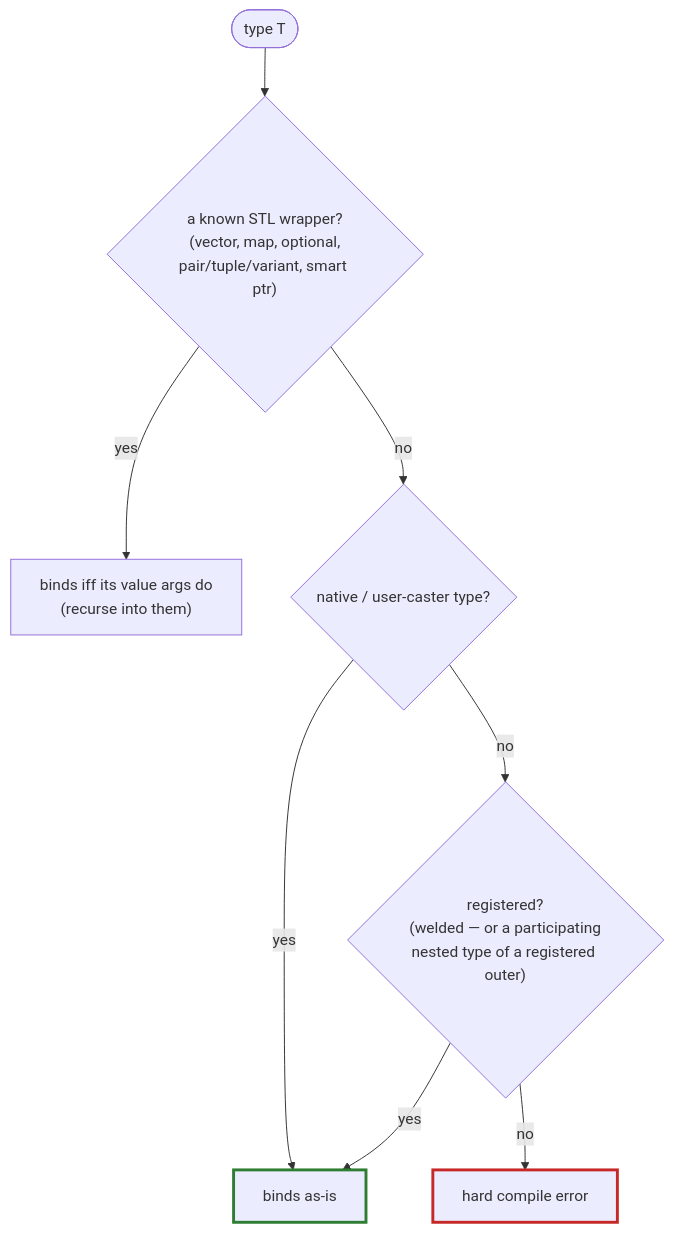
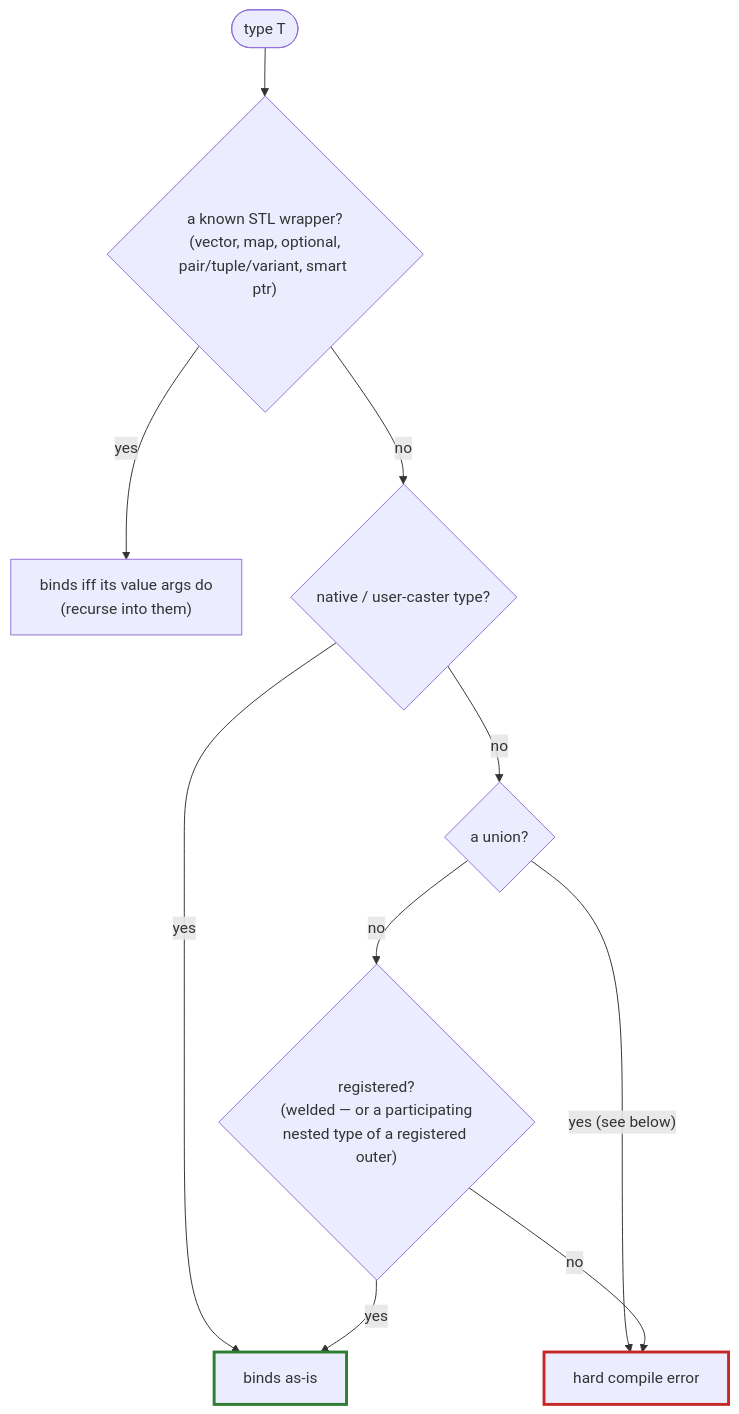
The diagram in docs/content/guide/bindability.md (skarndev/welder), drawn with Mermaid before and after one commit. The commit also changed other lines of this file and 20 other files, not shown here.

````diff
--- a/docs/content/guide/bindability.md
+++ b/docs/content/guide/bindability.md
@@ -36,12 +36,14 @@
 ```mermaid
 flowchart TD
     T([type T]) --> W{"a known STL wrapper?<br/>(vector, map, optional,<br/>pair/tuple/variant, smart ptr)"}
     W -- yes --> R["binds iff its value args do<br/>(recurse into them)"]
     W -- no --> C{"native / user-caster type?"}
     C -- yes --> OK[binds as-is]
-    C -- no --> N{"registered?<br/>(welded — or a participating<br/>nested type of a registered outer)"}
+    C -- no --> U{"a union?"}
+    U -- "yes (see below)" --> ERR
+    U -- no --> N{"registered?<br/>(welded — or a participating<br/>nested type of a registered outer)"}
     N -- yes --> OK
     N -- no --> ERR["hard compile error"]
     style OK stroke:#2e7d32,stroke-width:3px
     style ERR stroke:#c62828,stroke-width:3px
 ```
````
